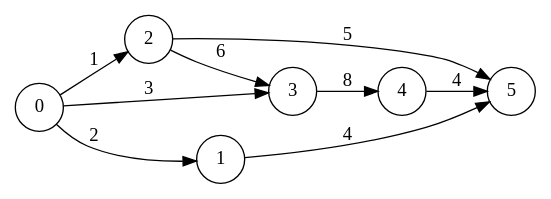
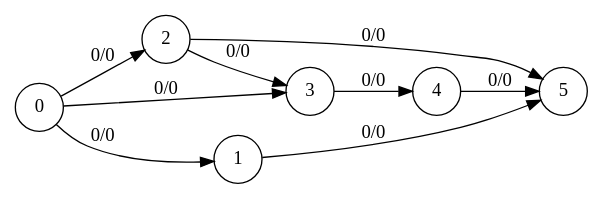
Before and after one commit to aurelienmichaud/ocaml-ford-fulkerson: the diagram in graphs/graph9.dot, drawn with Graphviz. The commit also changed 23 other files, not shown here.

Commit message:
repair export and tested flownet svg on flownet10

```diff
--- a/graphs/graph9.dot
+++ b/graphs/graph9.dot
@@ -1,13 +1,12 @@
 digraph finite_state_machine {
 	rankdir=LR;
-	size="8,5"
 	node [shape = circle];
-	4 -> 5 [ label = "4" ];
-	2 -> 3 [ label = "6" ];
-	2 -> 5 [ label = "5" ];
-	3 -> 4 [ label = "8" ];
-	1 -> 5 [ label = "4" ];
-	0 -> 3 [ label = "3" ];
-	0 -> 2 [ label = "1" ];
-	0 -> 1 [ label = "2" ];
+	4 -> 5 [ label = "0/0" ];
+	2 -> 3 [ label = "0/0" ];
+	2 -> 5 [ label = "0/0" ];
+	3 -> 4 [ label = "0/0" ];
+	1 -> 5 [ label = "0/0" ];
+	0 -> 3 [ label = "0/0" ];
+	0 -> 2 [ label = "0/0" ];
+	0 -> 1 [ label = "0/0" ];
 }
```
